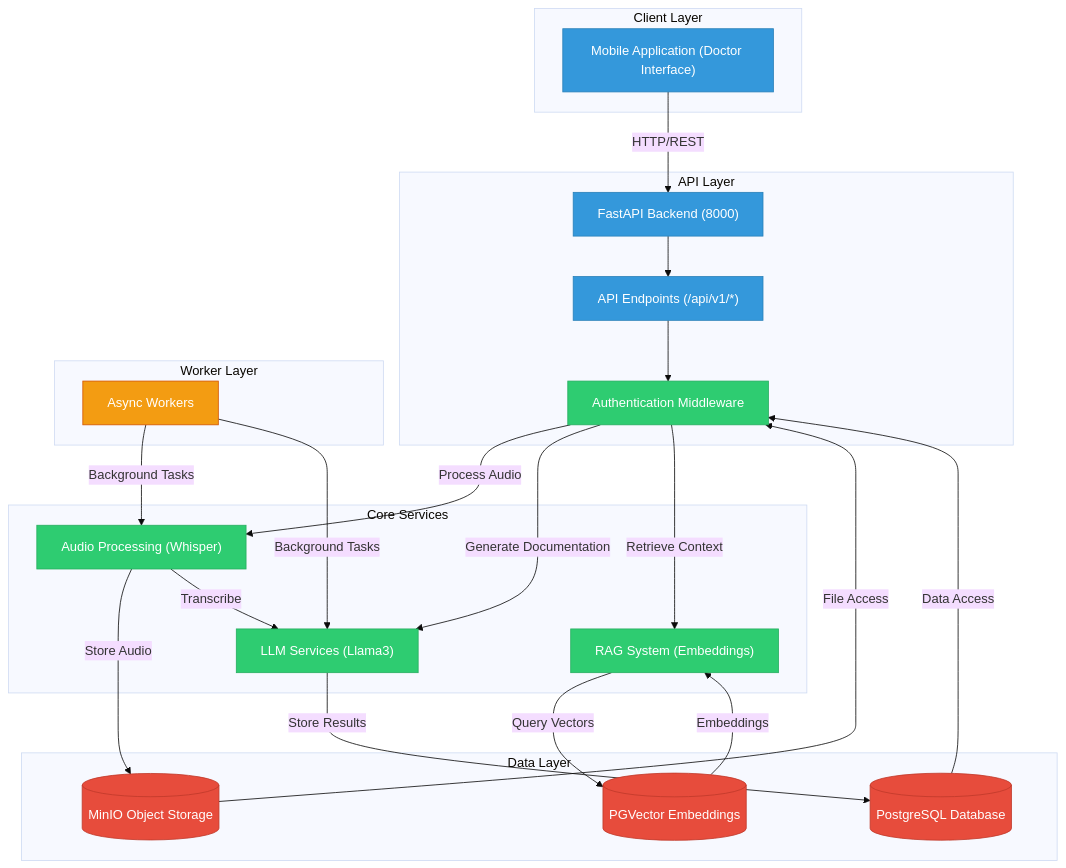
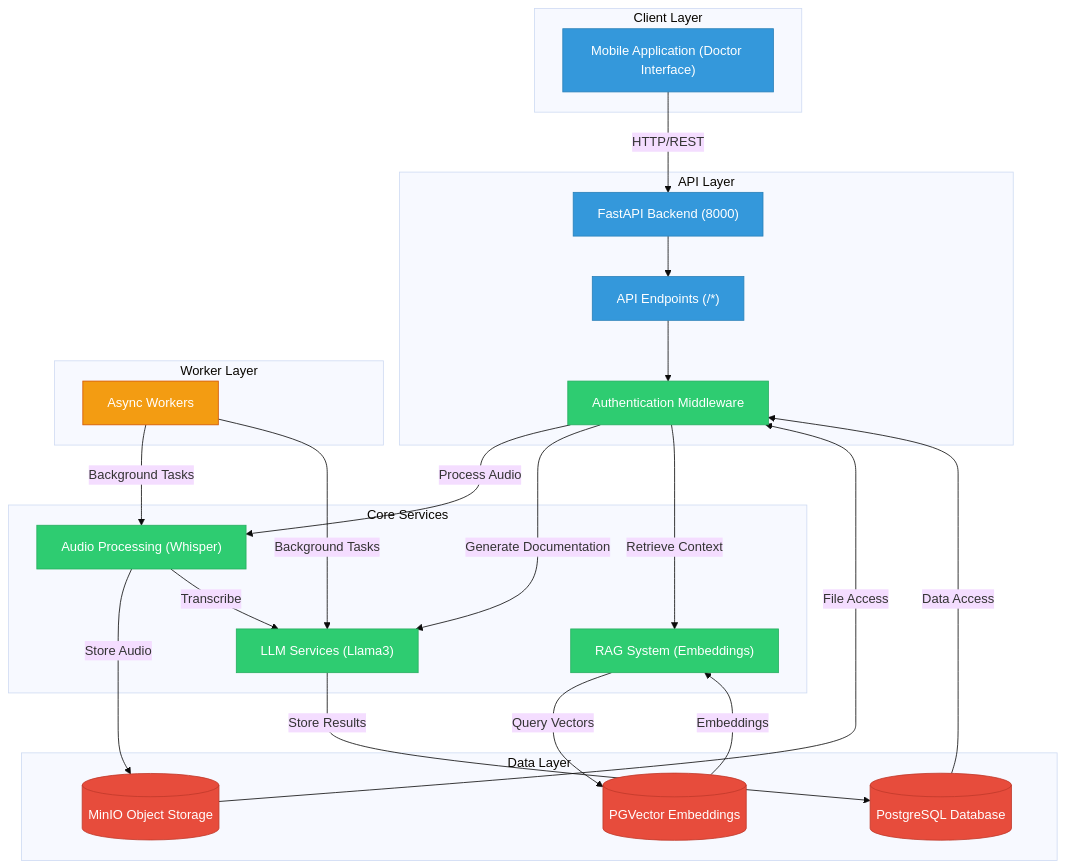
One commit to medvoice-app/MedVoice-Core changed the diagram in README.md. Above: the diagram before and after it, drawn with Mermaid (base theme). The commit also changed 2 other files, not shown here.

Commit message:
fix: endpoints

````diff
--- a/README.md
+++ b/README.md
@@ -13,58 +13,58 @@
 ```mermaid
 flowchart TB
     subgraph "Client Layer"
         MobileApp["Mobile Application (Doctor Interface)"]
     end
 
     subgraph "API Layer"
         FastAPI["FastAPI Backend (8000)"]
-        APIEndpoints["API Endpoints (/api/v1/*)"]
+        APIEndpoints["API Endpoints (/*)"]
         Middleware["Authentication Middleware"]
     end
 
     subgraph "Core Services"
         AudioProcessor["Audio Processing (Whisper)"]
         LLMService["LLM Services (Llama3)"]
         RAGSystem["RAG System (Embeddings)"]
     end
 
     subgraph "Data Layer"
         PostgreSQL[(PostgreSQL Database)]
         VectorStore[(PGVector Embeddings)]
         MinIO[(MinIO Object Storage)]
     end
 
     subgraph "Worker Layer"
         Worker["Async Workers"]
     end
 
     MobileApp -->|HTTP/REST| FastAPI
     FastAPI --> APIEndpoints
     APIEndpoints --> Middleware
     
     Middleware -->|Process Audio| AudioProcessor
     Middleware -->|Generate Documentation| LLMService
     Middleware -->|Retrieve Context| RAGSystem
 
     AudioProcessor -->|Store Audio| MinIO
     AudioProcessor -->|Transcribe| LLMService
     LLMService -->|Store Results| PostgreSQL
     RAGSystem -->|Query Vectors| VectorStore
     
     Worker -->|Background Tasks| AudioProcessor
     Worker -->|Background Tasks| LLMService
     
     PostgreSQL -->|Data Access| Middleware
     MinIO -->|File Access| Middleware
     VectorStore -->|Embeddings| RAGSystem
 
     classDef primary fill:#3498db,stroke:#2980b9,color:white
     classDef secondary fill:#2ecc71,stroke:#27ae60,color:white
     classDef storage fill:#e74c3c,stroke:#c0392b,color:white
     classDef worker fill:#f39c12,stroke:#d35400,color:white
 
     class MobileApp,FastAPI,APIEndpoints primary
     class AudioProcessor,LLMService,RAGSystem,Middleware secondary
     class PostgreSQL,VectorStore,MinIO storage
     class Worker worker
 ```
````
